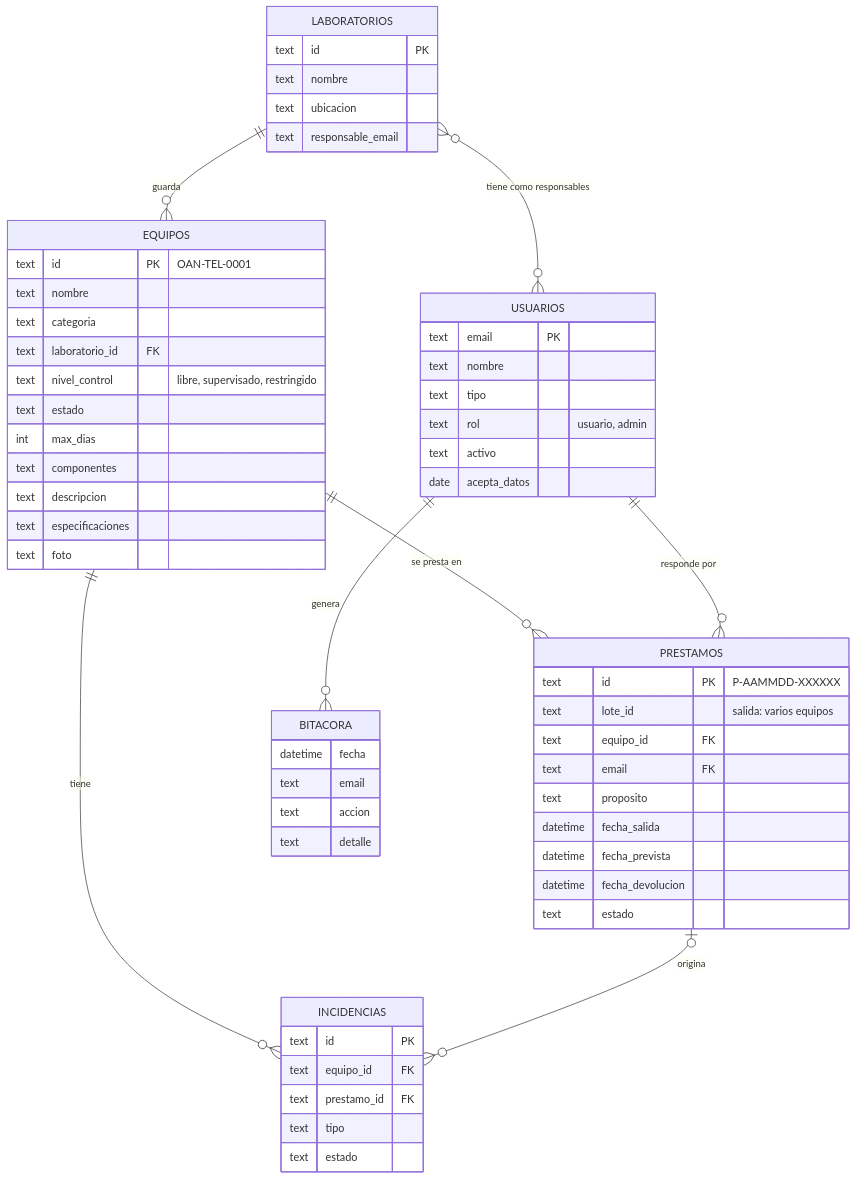
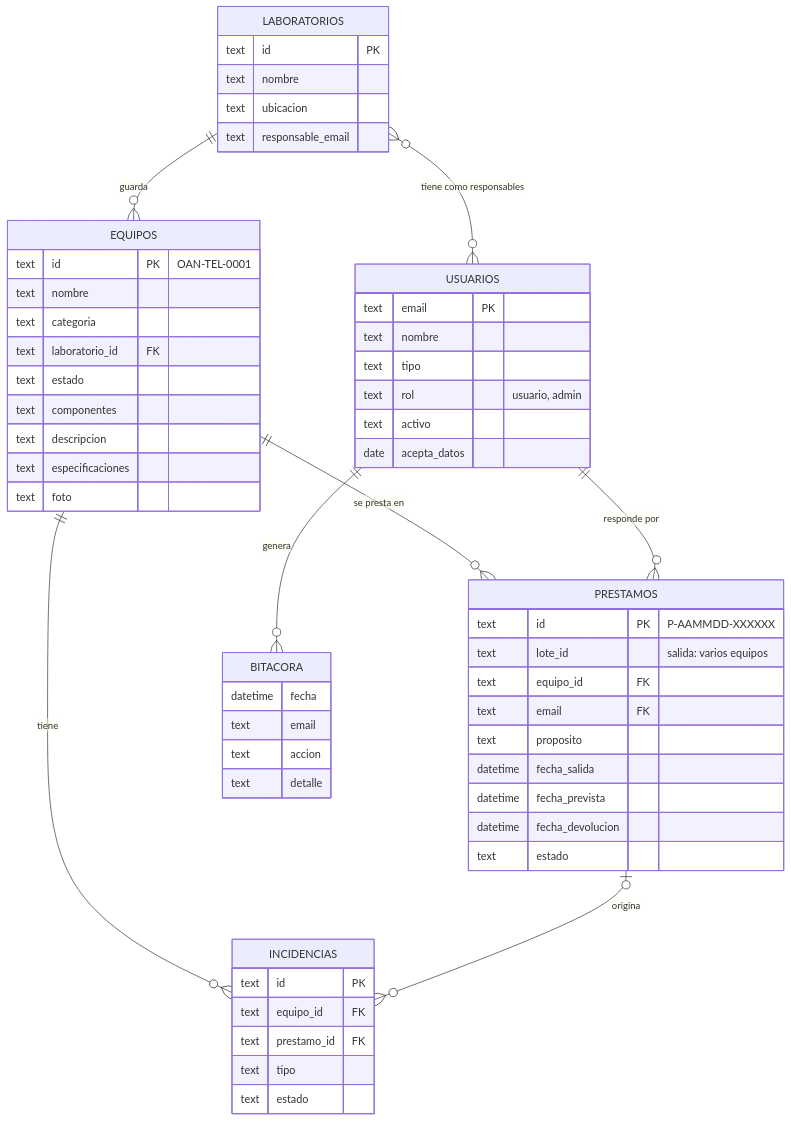
One commit to AstronomiaOAN/equipos changed the diagram in docs/05-modelo-de-datos.md. Above: the diagram before and after it, drawn with Mermaid. The commit also changed other lines of this file and 28 other files, not shown here.

````diff
--- a/docs/05-modelo-de-datos.md
+++ b/docs/05-modelo-de-datos.md
@@ -5,62 +5,60 @@
 ```mermaid
 erDiagram
     LABORATORIOS ||--o{ EQUIPOS : "guarda"
     LABORATORIOS }o--o{ USUARIOS : "tiene como responsables"
     EQUIPOS ||--o{ PRESTAMOS : "se presta en"
     USUARIOS ||--o{ PRESTAMOS : "responde por"
     EQUIPOS ||--o{ INCIDENCIAS : "tiene"
     PRESTAMOS |o--o{ INCIDENCIAS : "origina"
     USUARIOS ||--o{ BITACORA : "genera"
 
     LABORATORIOS {
         text id PK
         text nombre
         text ubicacion
         text responsable_email
     }
     EQUIPOS {
         text id PK "OAN-TEL-0001"
         text nombre
         text categoria
         text laboratorio_id FK
-        text nivel_control "libre, supervisado, restringido"
         text estado
-        int max_dias
         text componentes
         text descripcion
         text especificaciones
         text foto
     }
     USUARIOS {
         text email PK
         text nombre
         text tipo
         text rol "usuario, admin"
         text activo
         date acepta_datos
     }
     PRESTAMOS {
         text id PK "P-AAMMDD-XXXXXX"
         text lote_id "salida: varios equipos"
         text equipo_id FK
         text email FK
         text proposito
         datetime fecha_salida
         datetime fecha_prevista
         datetime fecha_devolucion
         text estado
     }
     INCIDENCIAS {
         text id PK
         text equipo_id FK
         text prestamo_id FK
         text tipo
         text estado
     }
     BITACORA {
         datetime fecha
         text email
         text accion
         text detalle
     }
 ```
````
